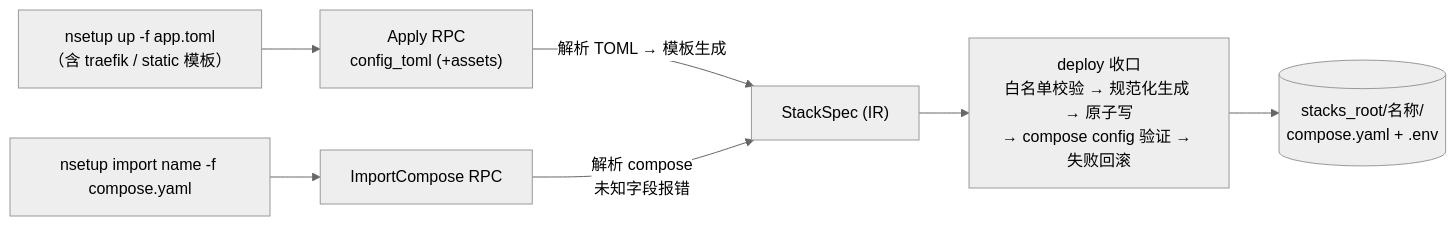
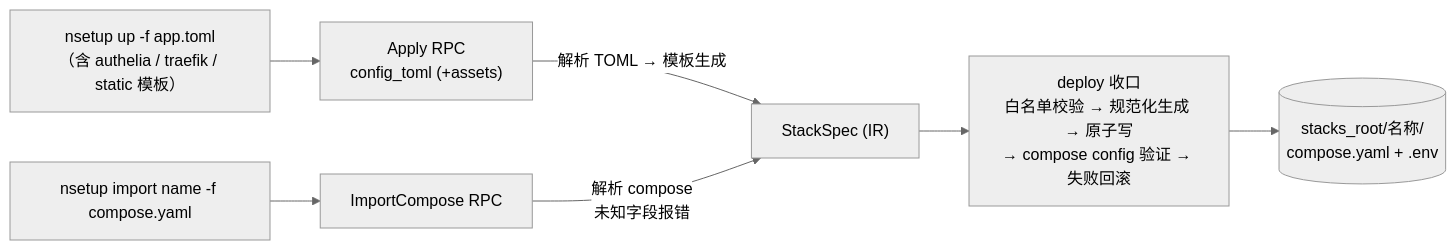
Before and after one commit to nihilityer/nsetup: the third of 4 diagrams in docs/ARCHITECTURE.md, drawn with Mermaid (neutral theme). The commit also changed other lines of this file and 26 other files, not shown here.

````diff
--- a/docs/ARCHITECTURE.md
+++ b/docs/ARCHITECTURE.md
@@ -167,9 +209,9 @@
 ```mermaid
 flowchart LR
-    A["nsetup up -f app.toml<br/>（含 traefik / static 模板）"] --> AP["Apply RPC<br/>config_toml (+assets)"]
+    A["nsetup up -f app.toml<br/>（含 authelia / traefik / static 模板）"] --> AP["Apply RPC<br/>config_toml (+assets)"]
     B["nsetup import name -f compose.yaml"] --> IC["ImportCompose RPC"]
     AP -->|解析 TOML → 模板生成| IR["StackSpec (IR)"]
     IC -->|解析 compose<br/>未知字段报错| IR
     IR --> D["deploy 收口<br/>白名单校验 → 规范化生成 → 原子写<br/>→ compose config 验证 → 失败回滚"]
     D --> E[("stacks_root/名称/<br/>compose.yaml + .env")]
 ```
````
